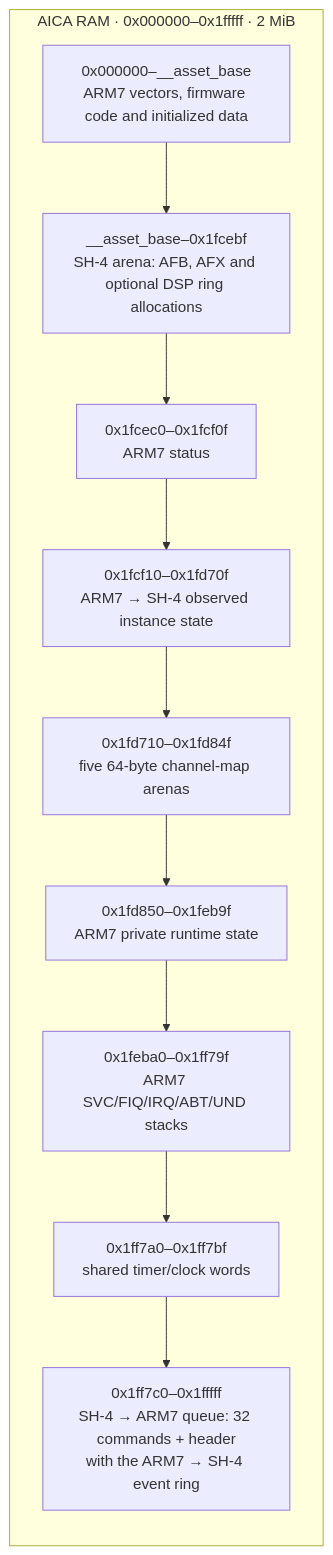
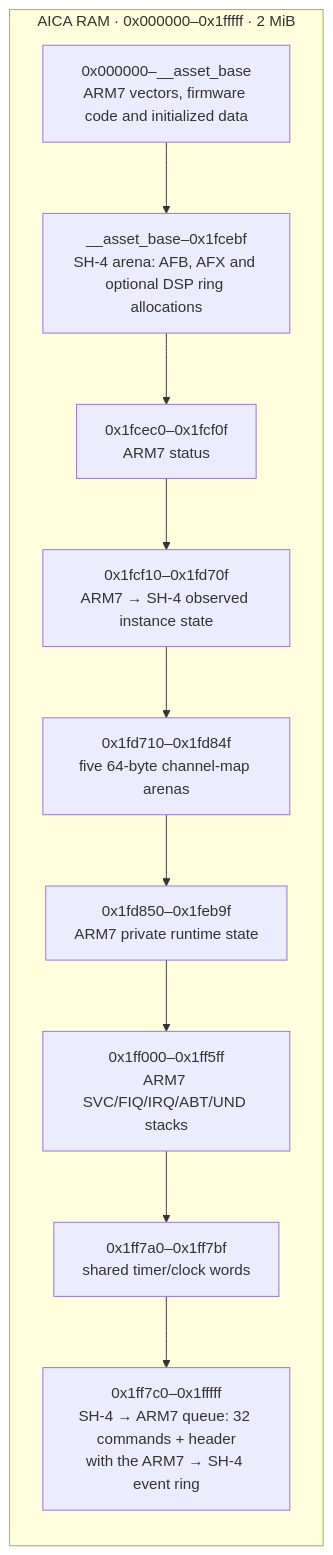
Before and after one commit to dfchil/AICAflow: the diagram in docs/memory.md, drawn with Mermaid. The commit also changed other lines of this file and 9 other files, not shown here.

````diff
--- a/docs/memory.md
+++ b/docs/memory.md
@@ -13,16 +13,16 @@
 ```mermaid
 flowchart TB
   subgraph ram["AICA RAM · 0x000000–0x1fffff · 2 MiB"]
     direction TB
     firmware["0x000000–__asset_base\nARM7 vectors, firmware code and initialized data"]
     assets["__asset_base–0x1fcebf\nSH-4 arena: AFB, AFX and optional DSP ring allocations"]
     status["0x1fcec0–0x1fcf0f\nARM7 status"]
     observed["0x1fcf10–0x1fd70f\nARM7 → SH-4 observed instance state"]
     maps["0x1fd710–0x1fd84f\nfive 64-byte channel-map arenas"]
     private["0x1fd850–0x1feb9f\nARM7 private runtime state"]
-    stacks["0x1feba0–0x1ff79f\nARM7 SVC/FIQ/IRQ/ABT/UND stacks"]
+    stacks["0x1ff000–0x1ff5ff\nARM7 SVC/FIQ/IRQ/ABT/UND stacks"]
     clock["0x1ff7a0–0x1ff7bf\nshared timer/clock words"]
     queue["0x1ff7c0–0x1fffff\nSH-4 → ARM7 queue: 32 commands + header\nwith the ARM7 → SH-4 event ring"]
   end
   firmware --> assets --> status --> observed --> maps --> private --> stacks --> clock --> queue
 ```
````
